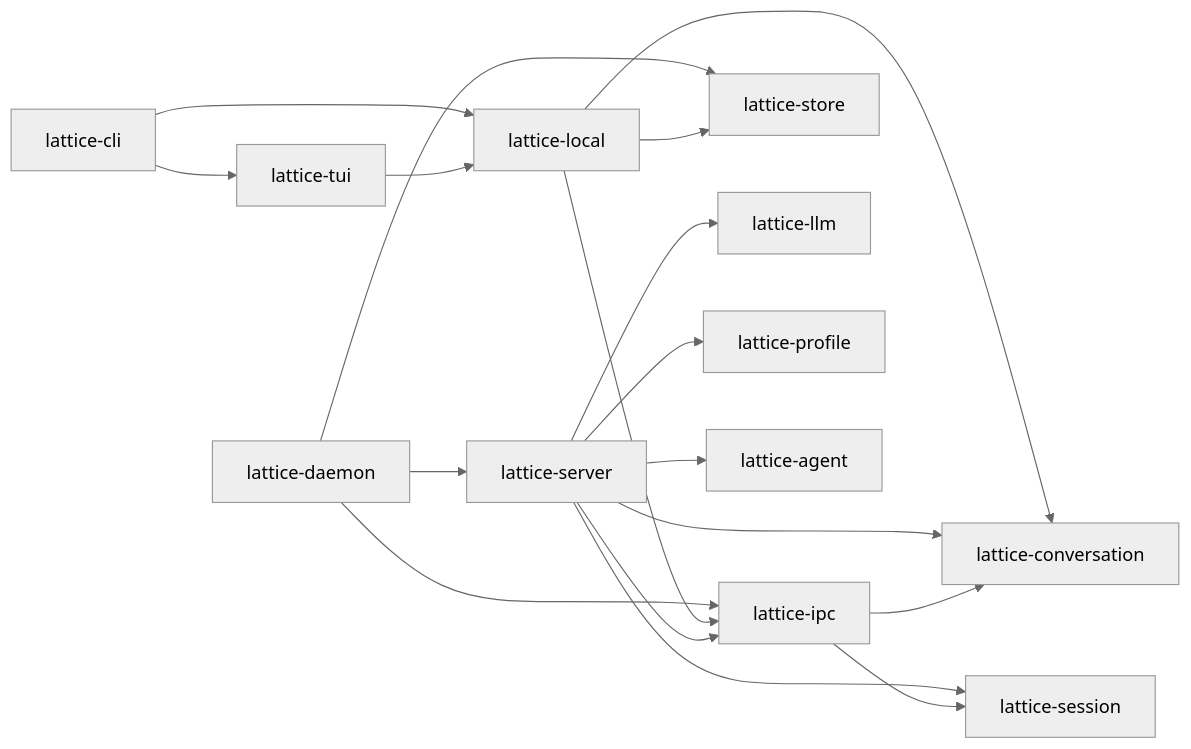
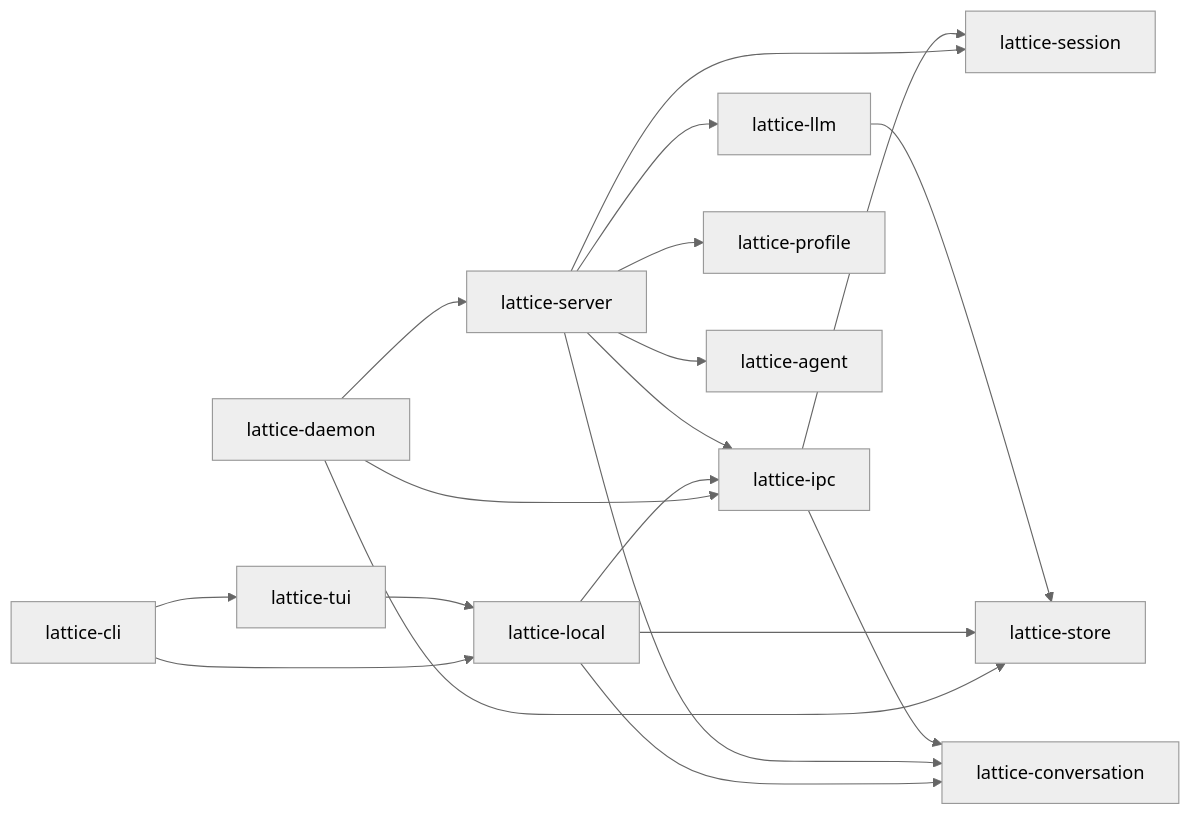
The diagram in docs/architecture/crates.md (Skyline10124/lattice), drawn with Mermaid (neutral theme) before and after one commit. The commit also changed 13 other files, not shown here.

````diff
--- a/docs/architecture/crates.md
+++ b/docs/architecture/crates.md
@@ -15,20 +15,21 @@
 ```mermaid
 flowchart LR
     CLI["lattice-cli"] --> TUI["lattice-tui"]
     CLI --> LOCAL["lattice-local"]
     DAEMON["lattice-daemon"] --> SERVER["lattice-server"]
     DAEMON --> IPC["lattice-ipc"]
     DAEMON --> STORE["lattice-store"]
     TUI --> LOCAL
     LOCAL --> IPC
     LOCAL --> STORE
     LOCAL --> CONV["lattice-conversation"]
     SERVER --> IPC
     SERVER --> LLM["lattice-llm"]
     SERVER --> PROFILE["lattice-profile"]
     SERVER --> AGENT["lattice-agent"]
     SERVER --> SESSION["lattice-session"]
     SERVER --> CONV
+    LLM --> STORE
     IPC --> SESSION
     IPC --> CONV
 ```
````
